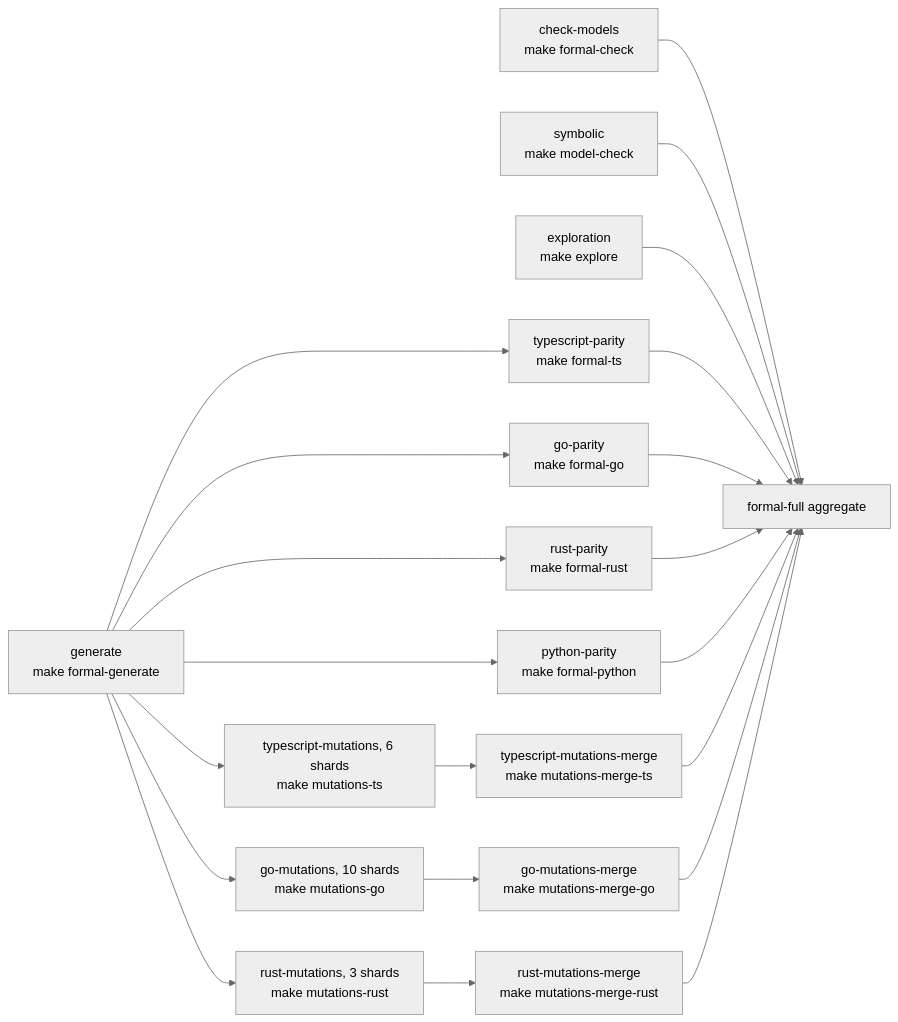
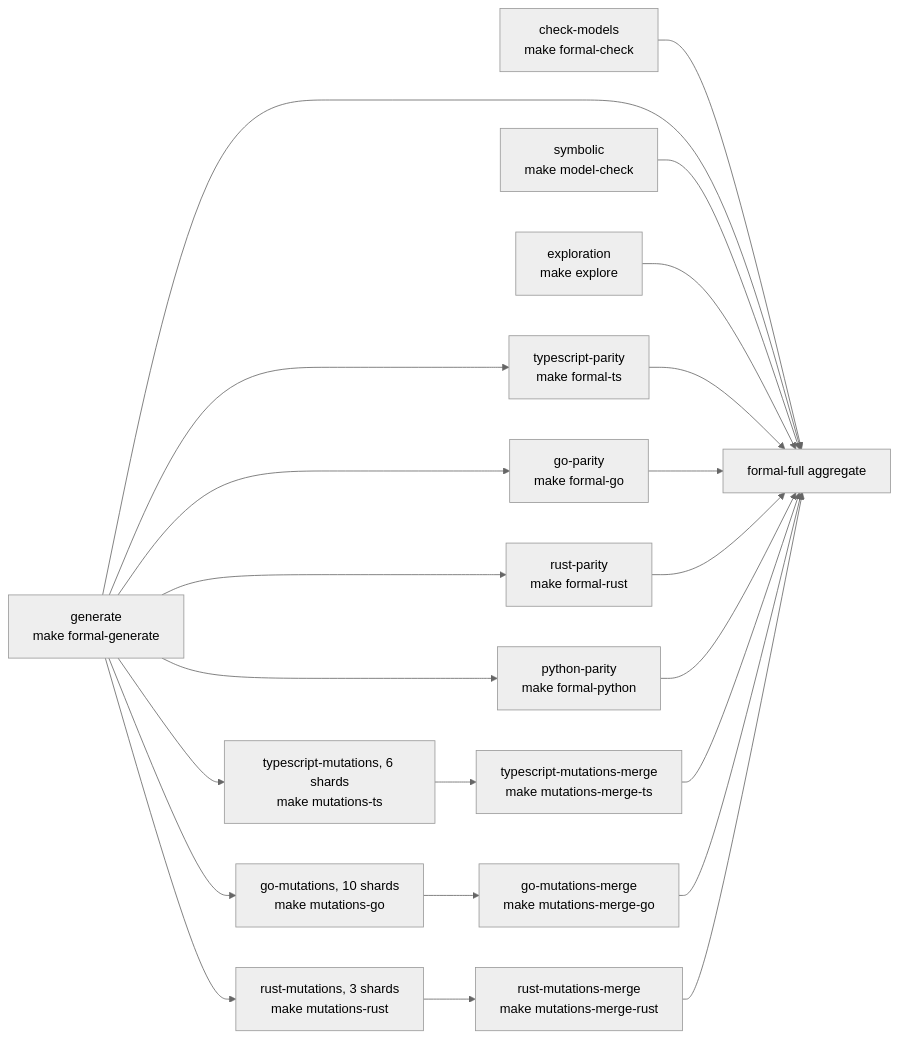
One commit to lan17/DialCache changed the second of 2 diagrams in formal/README.md. Above: the diagram before and after it, drawn with Mermaid (neutral theme). The commit also changed other lines of this file and 1 other file, not shown here.

First line of the commit message:
docs(formal): three precision fixes from the re-verification

````diff
--- a/formal/README.md
+++ b/formal/README.md
@@ -250,13 +252,13 @@
 ```mermaid
 flowchart LR
   CM["check-models<br/>make formal-check"]
   GE["generate<br/>make formal-generate"]
   SY["symbolic<br/>make model-check"]
   EX["exploration<br/>make explore"]
   GE --> TSP["typescript-parity<br/>make formal-ts"] & GOP["go-parity<br/>make formal-go"] & RSP["rust-parity<br/>make formal-rust"] & PYP["python-parity<br/>make formal-python"]
   GE --> TSM["typescript-mutations, 6 shards<br/>make mutations-ts"] & GOM["go-mutations, 10 shards<br/>make mutations-go"] & RSM["rust-mutations, 3 shards<br/>make mutations-rust"]
   TSM --> TSMM["typescript-mutations-merge<br/>make mutations-merge-ts"]
   GOM --> GOMM["go-mutations-merge<br/>make mutations-merge-go"]
   RSM --> RSMM["rust-mutations-merge<br/>make mutations-merge-rust"]
-  CM & SY & EX & TSP & GOP & RSP & PYP & TSMM & GOMM & RSMM --> AG["formal-full aggregate"]
+  CM & GE & SY & EX & TSP & GOP & RSP & PYP & TSMM & GOMM & RSMM --> AG["formal-full aggregate"]
 ```
````
